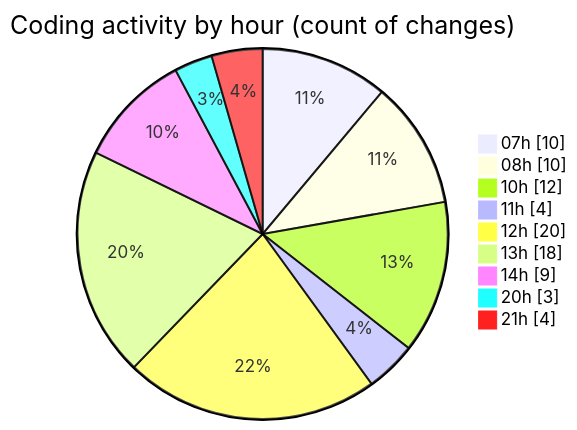
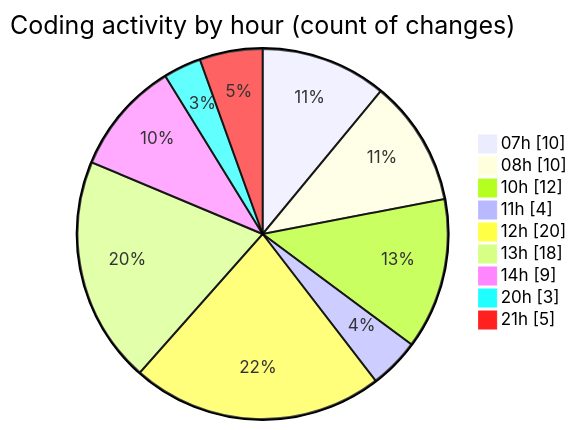
One commit to tmsrecording-cyber/code-tracking changed the second of 2 diagrams in 2026-02-08/singularitybrainai/README.md. Above: the diagram before and after it, drawn with Mermaid. The commit also changed other lines of this file and 1 other file, not shown here.

````diff
--- a/2026-02-08/singularitybrainai/README.md
+++ b/2026-02-08/singularitybrainai/README.md
@@ -46,13 +46,13 @@
 ```mermaid
 pie showData
 title Coding activity by hour (count of changes)
 "07h" : 10
 "08h" : 10
 "10h" : 12
 "11h" : 4
 "12h" : 20
 "13h" : 18
 "14h" : 9
 "20h" : 3
-"21h" : 4
+"21h" : 5
 ```
````
